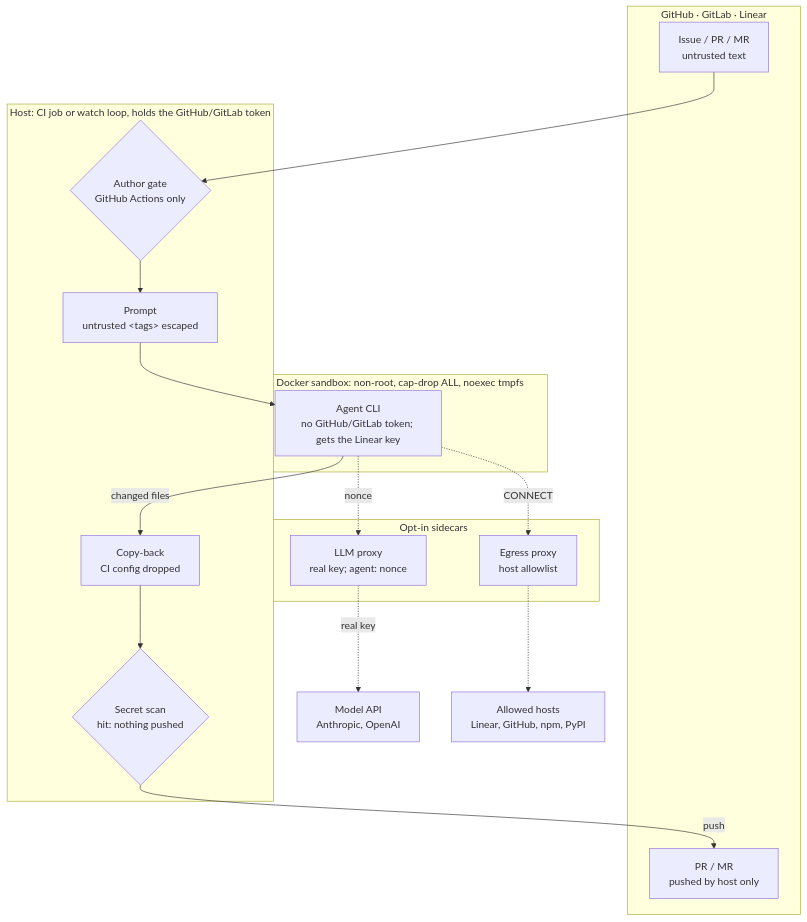
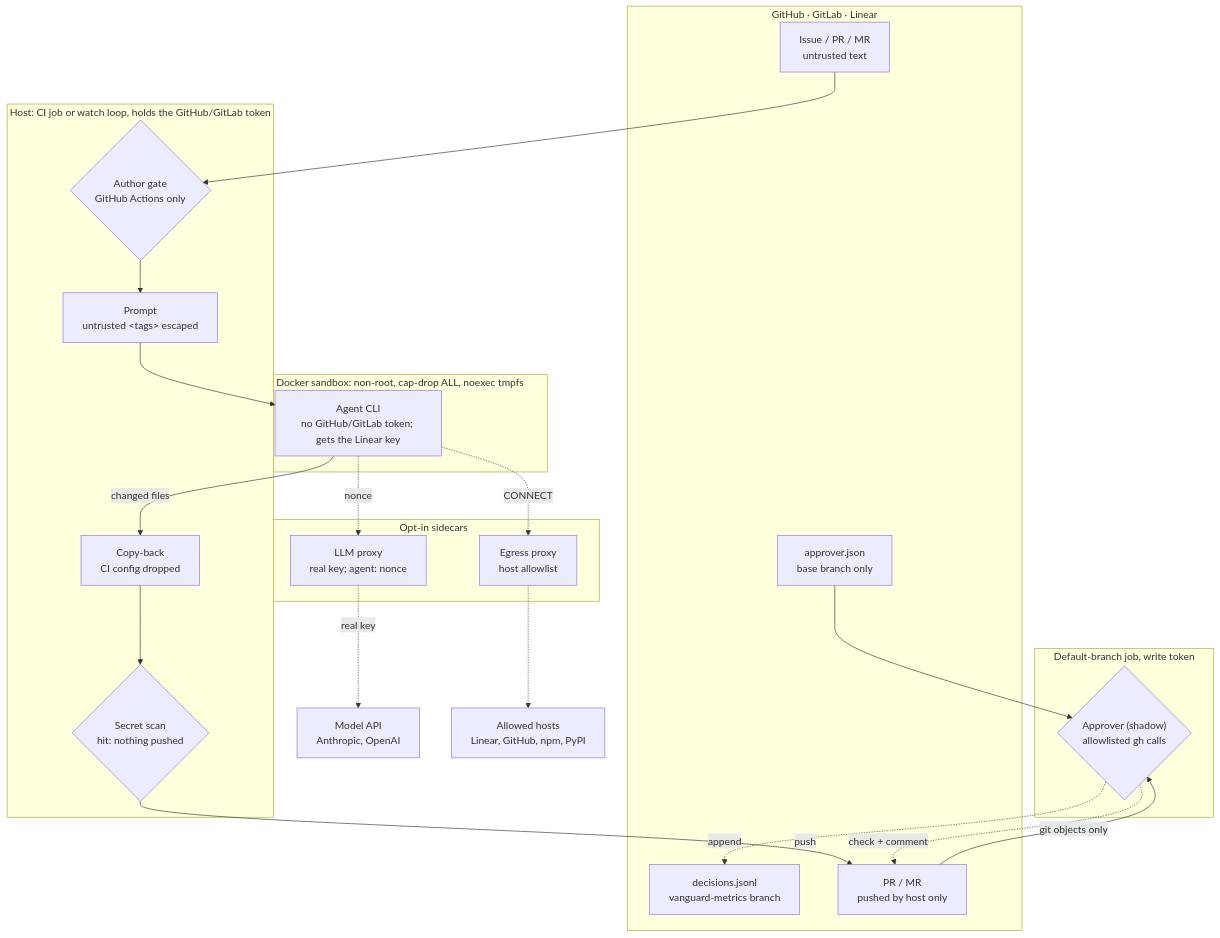
One commit to SebaBoler/vanguard changed the diagram in docs/diagrams/security.mmd. Above: the diagram before and after it, drawn with Mermaid. The commit also changed 8 other files, not shown here.

Commit message:
docs: diagrams show the shadow approver (#565)

```diff
--- a/docs/diagrams/security.mmd
+++ b/docs/diagrams/security.mmd
@@ -1,30 +1,37 @@
 %% Security boundary: the topology behind security-light.svg / security-dark.svg (README "Security").
 %% Change it here first, mirror it in security.archify.json, then re-render with archify (github.com/tt-a1i/archify):
 %%   node archify/bin/archify.mjs deliver architecture docs/diagrams/security.archify.json <out>.html --quality showcase
 %% Open <out>.html → Export → SVG, then: docs/diagrams/split-theme.sh <export>.svg security
-%% Dashed = opt-in: --llm-proxy (on in the review and revise workflows) and --egress.
+%% Dashed = opt-in: --llm-proxy (on in the review and revise workflows), --egress, and the shadow approver's writes (GitHub only).
 flowchart TB
+  subgraph approverjob[Default-branch job, write token]
+    approver{"Approver (shadow)<br/>allowlisted gh calls"}
+  end
   subgraph forge[GitHub · GitLab · Linear]
     input["Issue / PR / MR<br/>untrusted text"]
+    policy["approver.json<br/>base branch only"]
+    metrics["decisions.jsonl<br/>vanguard-metrics branch"]
     pr["PR / MR<br/>pushed by host only"]
   end
   subgraph host[Host: CI job or watch loop, holds the GitHub/GitLab token]
     gate{"Author gate<br/>GitHub Actions only"}
     prompt["Prompt<br/>untrusted &lt;tags&gt; escaped"]
     copyback["Copy-back<br/>CI config dropped"]
     scan{"Secret scan<br/>hit: nothing pushed"}
   end
   subgraph sandbox[Docker sandbox: non-root, cap-drop ALL, noexec tmpfs]
     agent["Agent CLI<br/>no GitHub/GitLab token; gets the Linear key"]
   end
   subgraph sidecars[Opt-in sidecars]
     llmproxy["LLM proxy<br/>real key; agent: nonce"]
     egress["Egress proxy<br/>host allowlist"]
   end
   model["Model API<br/>Anthropic, OpenAI"]
   hosts["Allowed hosts<br/>Linear, GitHub, npm, PyPI"]
 
   input --> gate --> prompt --> agent
   agent -->|changed files| copyback --> scan -->|push| pr
   agent -.->|nonce| llmproxy -.->|real key| model
   agent -.->|CONNECT| egress -.-> hosts
+  pr -->|git objects only| approver -.->|check + comment| pr
+  policy --> approver -.->|append| metrics
```
